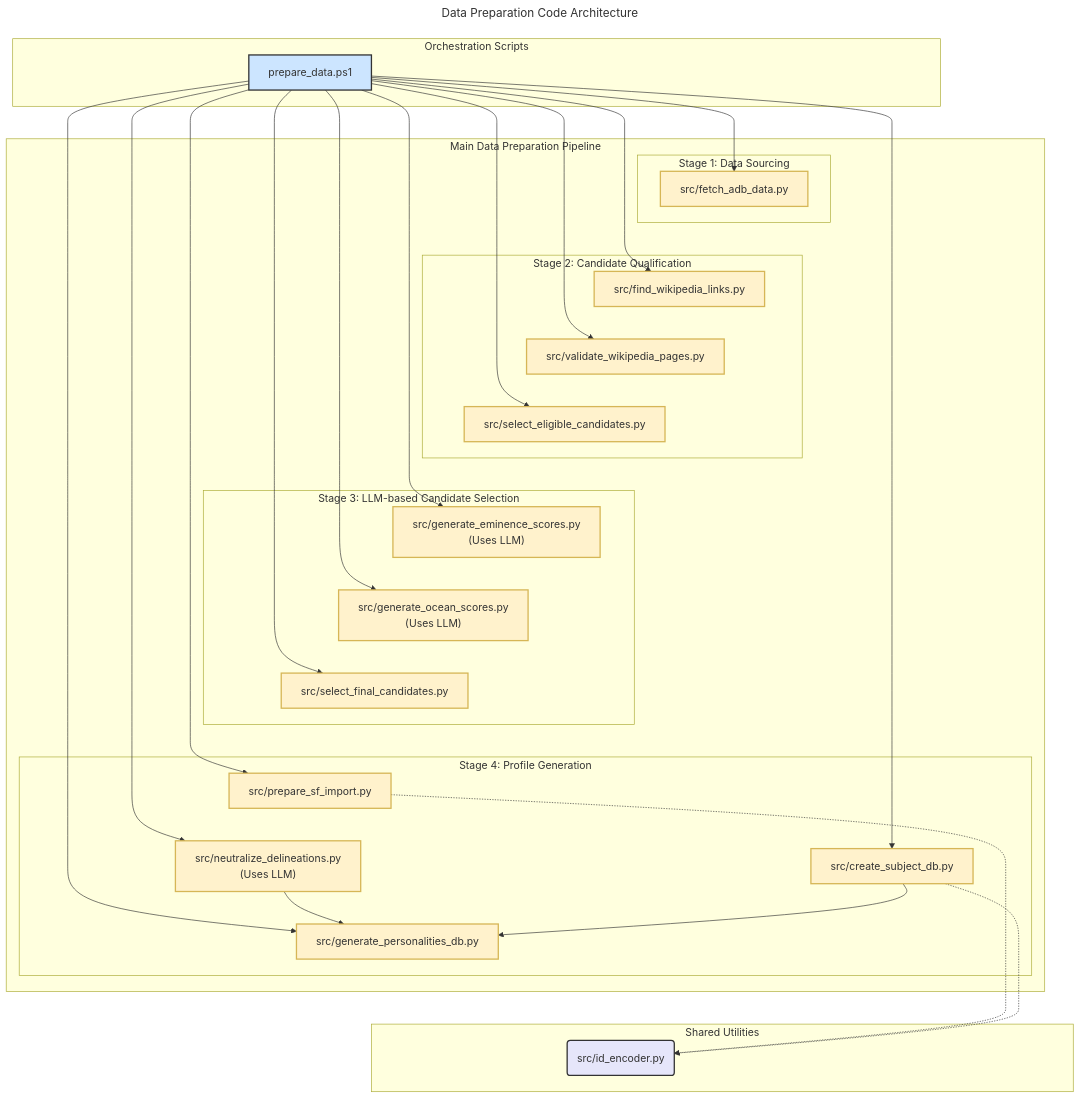
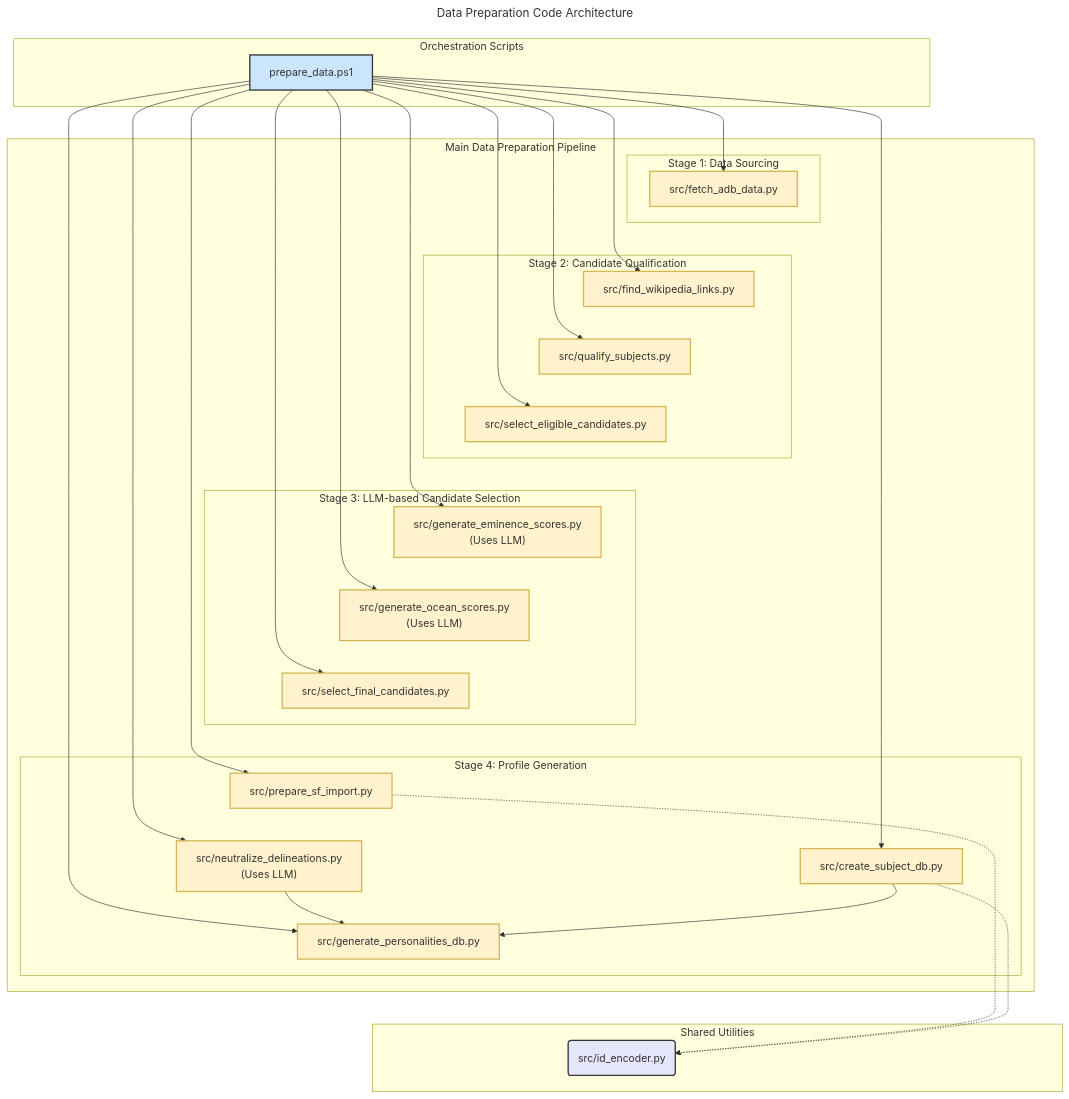
The diagram in docs/diagrams/arch_prep_codebase.mmd (peterjmarko/llm-narrative-framework), drawn with Mermaid before and after one commit. The commit also changed 19 other files, not shown here.

```diff
--- a/docs/diagrams/arch_prep_codebase.mmd
+++ b/docs/diagrams/arch_prep_codebase.mmd
@@ -1,71 +1,71 @@
 ---
 title: Data Preparation Code Architecture
 ---
 graph TD
     classDef scriptStyle fill:#fff2cc,stroke:#d6b656,stroke-width:2px
     classDef utilStyle fill:#e6e6fa,stroke:#333,stroke-width:2px
     classDef orchestratorStyle fill:#cce5ff,stroke:#333,stroke-width:2px
 
     subgraph "Orchestration Scripts"
         P[prepare_data.ps1]
     end
 
     subgraph "Main Data Preparation Pipeline"
         subgraph "Stage 1: Data Sourcing"
             A[src/fetch_adb_data.py]
         end
         subgraph "Stage 2: Candidate Qualification"
             B[src/find_wikipedia_links.py]
-            B2[src/validate_wikipedia_pages.py]
+            B2[src/qualify_subjects.py]
             C[src/select_eligible_candidates.py]
         end
         subgraph "Stage 3: LLM-based Candidate Selection"
             D["src/generate_eminence_scores.py<br/>(Uses LLM)"]
             E["src/generate_ocean_scores.py<br/>(Uses LLM)"]
             F[src/select_final_candidates.py]
         end
         subgraph "Stage 4: Profile Generation"
             G[src/prepare_sf_import.py]
             J["src/neutralize_delineations.py<br/>(Uses LLM)"]
             H[src/create_subject_db.py]
             I[src/generate_personalities_db.py]
         end
     end
     
     P --> A
     P --> B
     P --> B2
     P --> C
     P --> D
     P --> E
     P --> F
     P --> G
     P --> J
     P --> H
     P --> I
 
     %% Invisible links to force vertical waterfall layout
     A ~~~ B
     B ~~~ B2
     B2 ~~~ C
     C ~~~ D
     D ~~~ E
     E ~~~ F
     F ~~~ G
     G ~~~ J
     H ~~~ I
     I ~~~ K
 
     subgraph "Shared Utilities"
         K(src/id_encoder.py)
     end
 
     J --> I
     H --> I
     G -.-> K
     H -.-> K
 
     %% Apply Styles
     class P orchestratorStyle
     class A,B,B2,C,D,E,F,G,H,I,J scriptStyle
     class K utilStyle
```
